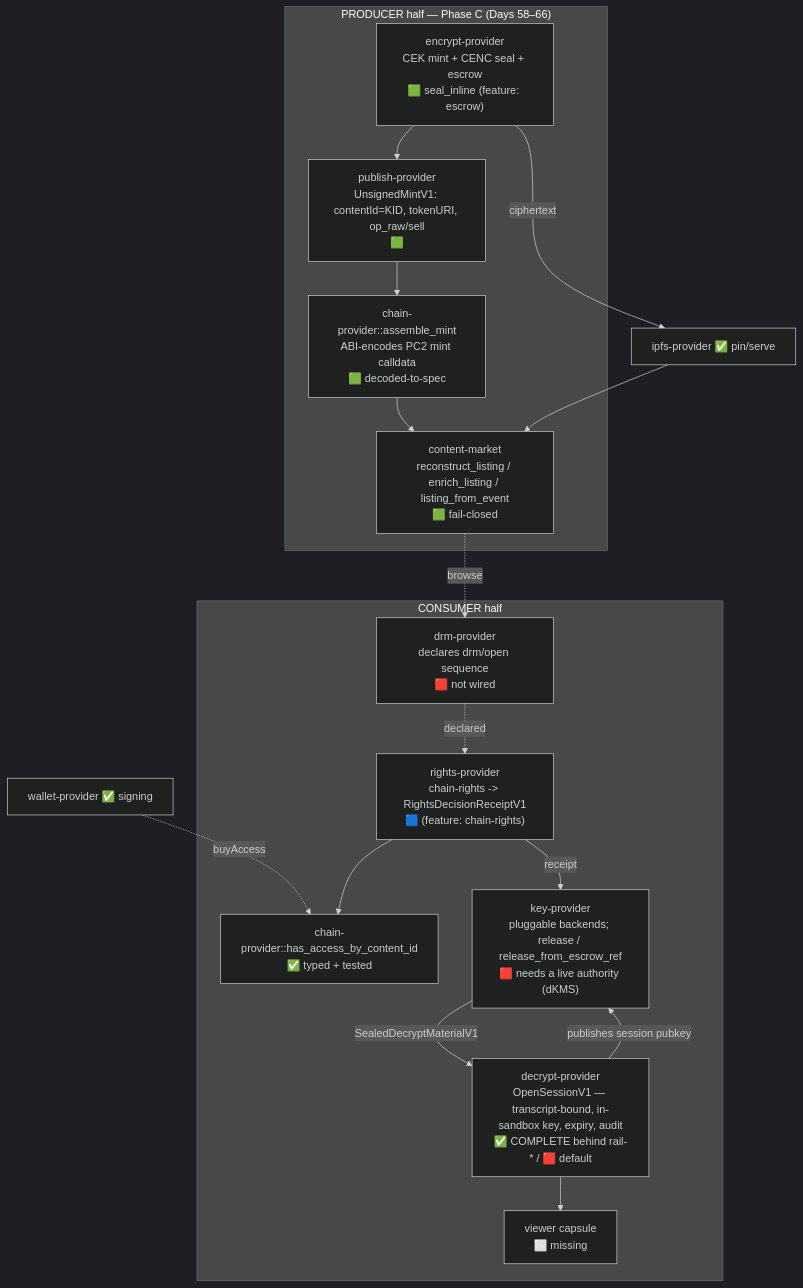
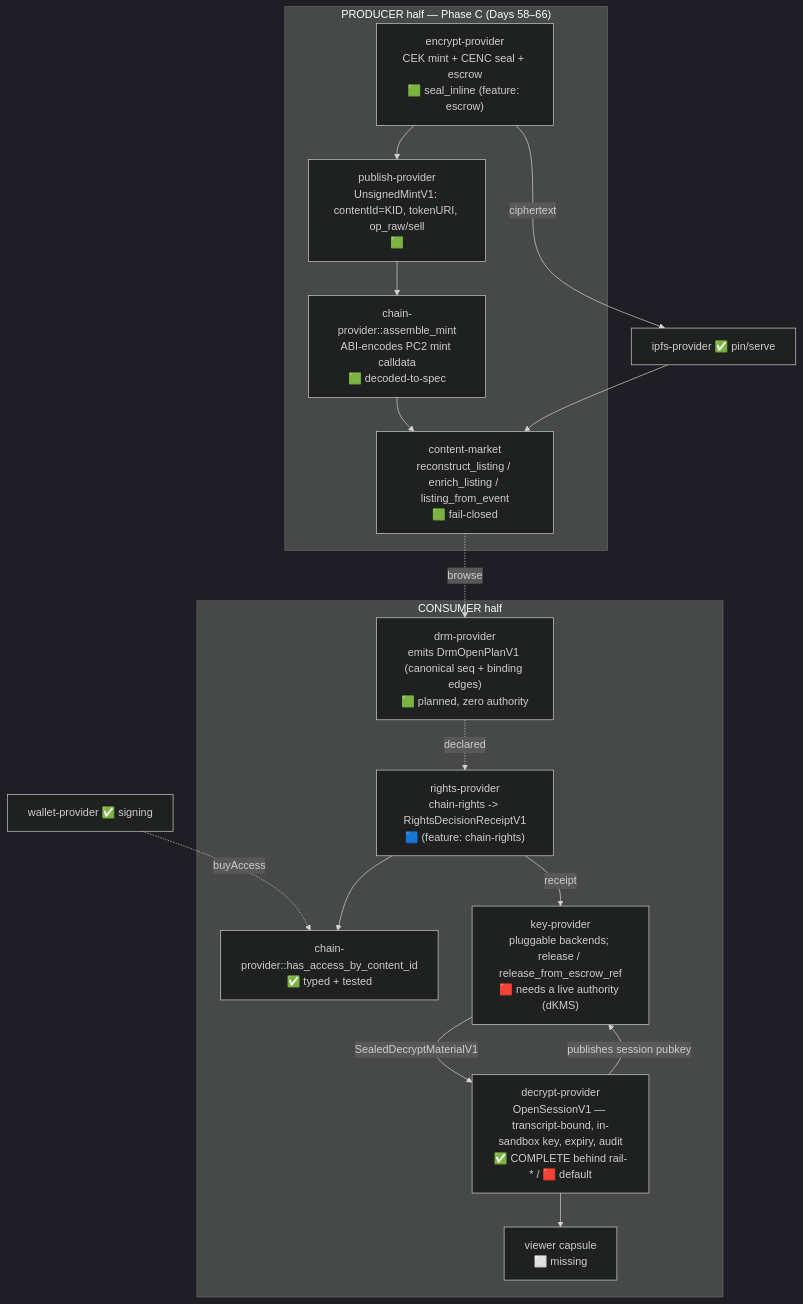
Before and after one commit to Elacity/elastos-runtime: the second of 2 diagrams in docs/convergence/NEW_AGENT_BRIEF.md, drawn with Mermaid (dark theme). The commit also changed other lines of this file and 6 other files, not shown here.

````diff
--- a/docs/convergence/NEW_AGENT_BRIEF.md
+++ b/docs/convergence/NEW_AGENT_BRIEF.md
@@ -147,27 +147,27 @@
 ```mermaid
 flowchart TB
   subgraph PROD["PRODUCER half — Phase C (Days 58–66)"]
     ENC["encrypt-provider<br/>CEK mint + CENC seal + escrow<br/>🟩 seal_inline (feature: escrow)"]
     PUBP["publish-provider<br/>UnsignedMintV1: contentId=KID, tokenURI, op_raw/sell<br/>🟩"]
     ASM["chain-provider::assemble_mint<br/>ABI-encodes PC2 mint calldata<br/>🟩 decoded-to-spec"]
     MKT["content-market<br/>reconstruct_listing / enrich_listing / listing_from_event<br/>🟩 fail-closed"]
   end
   subgraph CONS["CONSUMER half"]
-    DRM["drm-provider<br/>declares drm/open sequence<br/>🟥 not wired"]
+    DRM["drm-provider<br/>emits DrmOpenPlanV1 (canonical seq + binding edges)<br/>🟩 planned, zero authority"]
     RTS["rights-provider<br/>chain-rights -> RightsDecisionReceiptV1<br/>🟦 (feature: chain-rights)"]
     CHN["chain-provider::has_access_by_content_id<br/>✅ typed + tested"]
     KEY["key-provider<br/>pluggable backends; release / release_from_escrow_ref<br/>🟥 needs a live authority (dKMS)"]
     DEC["decrypt-provider<br/>OpenSessionV1 — transcript-bound, in-sandbox key, expiry, audit<br/>✅ COMPLETE behind rail-* / 🟥 default"]
     VIEW["viewer capsule<br/>⬜ missing"]
   end
   WLT["wallet-provider ✅ signing"]
   IPFS["ipfs-provider ✅ pin/serve"]
 
   ENC --> PUBP --> ASM --> MKT
   ENC -->|ciphertext| IPFS --> MKT
   MKT -. browse .-> DRM
   WLT -. buyAccess .-> CHN
   DRM -. declared .-> RTS --> CHN
   RTS -->|receipt| KEY -->|SealedDecryptMaterialV1| DEC --> VIEW
   DEC -->|publishes session pubkey| KEY
 ```
````
